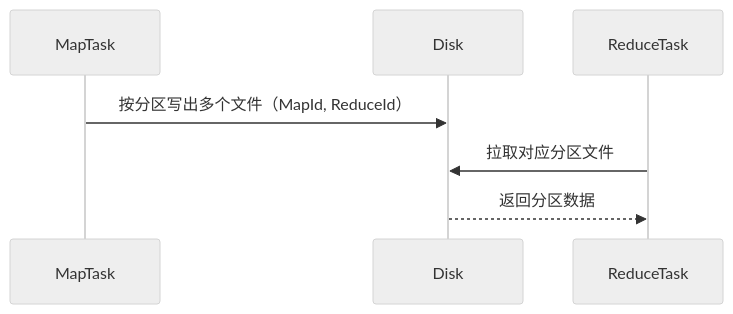
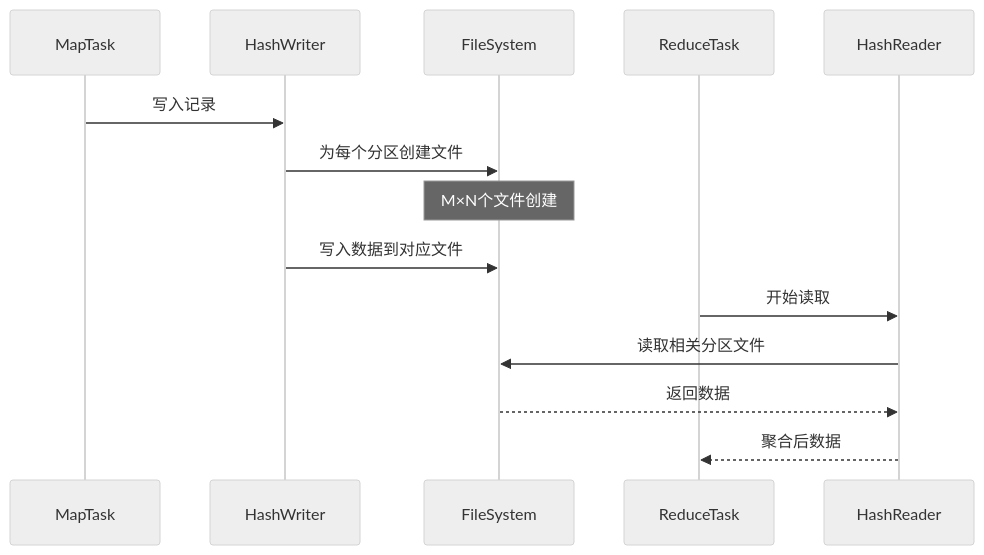
Before and after one commit to ralph-wren/TechStack-Handbook: diagram 16 of 24 in 12.spark.md, drawn with Mermaid (neutral theme). The commit also changed other lines of this file and 1 other file, not shown here.

````diff
--- a/12.spark.md
+++ b/12.spark.md
@@ -1063,10 +2014,18 @@
 ```mermaid
 sequenceDiagram
-  participant MapTask
-  participant Disk
-  participant ReduceTask
-
-  MapTask->>Disk: 按分区写出多个文件（MapId, ReduceId）
-  ReduceTask->>Disk: 拉取对应分区文件
-  Disk-->>ReduceTask: 返回分区数据
+    participant MapTask
+    participant HashWriter
+    participant FileSystem
+    participant ReduceTask
+    participant HashReader
+    
+    MapTask->>HashWriter: 写入记录
+    HashWriter->>FileSystem: 为每个分区创建文件
+    Note over FileSystem: M×N个文件创建
+    HashWriter->>FileSystem: 写入数据到对应文件
+    
+    ReduceTask->>HashReader: 开始读取
+    HashReader->>FileSystem: 读取相关分区文件
+    FileSystem-->>HashReader: 返回数据
+    HashReader-->>ReduceTask: 聚合后数据
 ```
````
